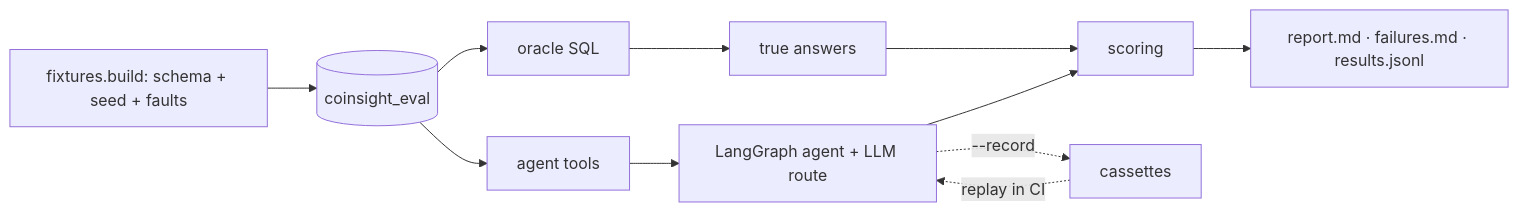
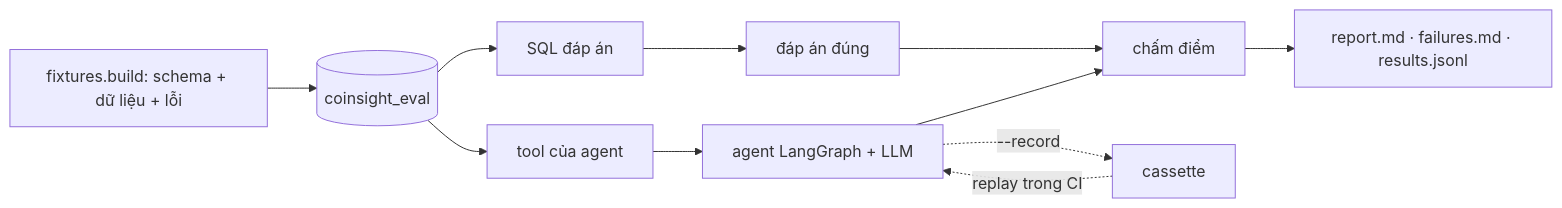
One commit to caoTayTang/CoinSight changed the diagram in docs/evaluation.md. Above: the diagram before and after it, drawn with Mermaid. The commit also changed other lines of this file and 28 other files, not shown here.

````diff
--- a/docs/evaluation.md
+++ b/docs/evaluation.md
@@ -118,10 +9,10 @@
 ```mermaid
 flowchart LR
-  F[fixtures.build: schema + seed + faults] --> DB[(coinsight_eval)]
-  DB --> O[oracle SQL] --> FACTS[true answers]
-  DB --> T[agent tools] --> A[LangGraph agent + LLM route]
-  A --> S[scoring]
+  F[fixtures.build: schema + dữ liệu + lỗi] --> DB[(coinsight_eval)]
+  DB --> O[SQL đáp án] --> FACTS[đáp án đúng]
+  DB --> T[tool của agent] --> A[agent LangGraph + LLM]
+  A --> S[chấm điểm]
   FACTS --> S
   S --> R[report.md · failures.md · results.jsonl]
-  A -. --record .-> C[cassettes] -. replay in CI .-> A
+  A -. --record .-> C[cassette] -. replay trong CI .-> A
 ```
````
